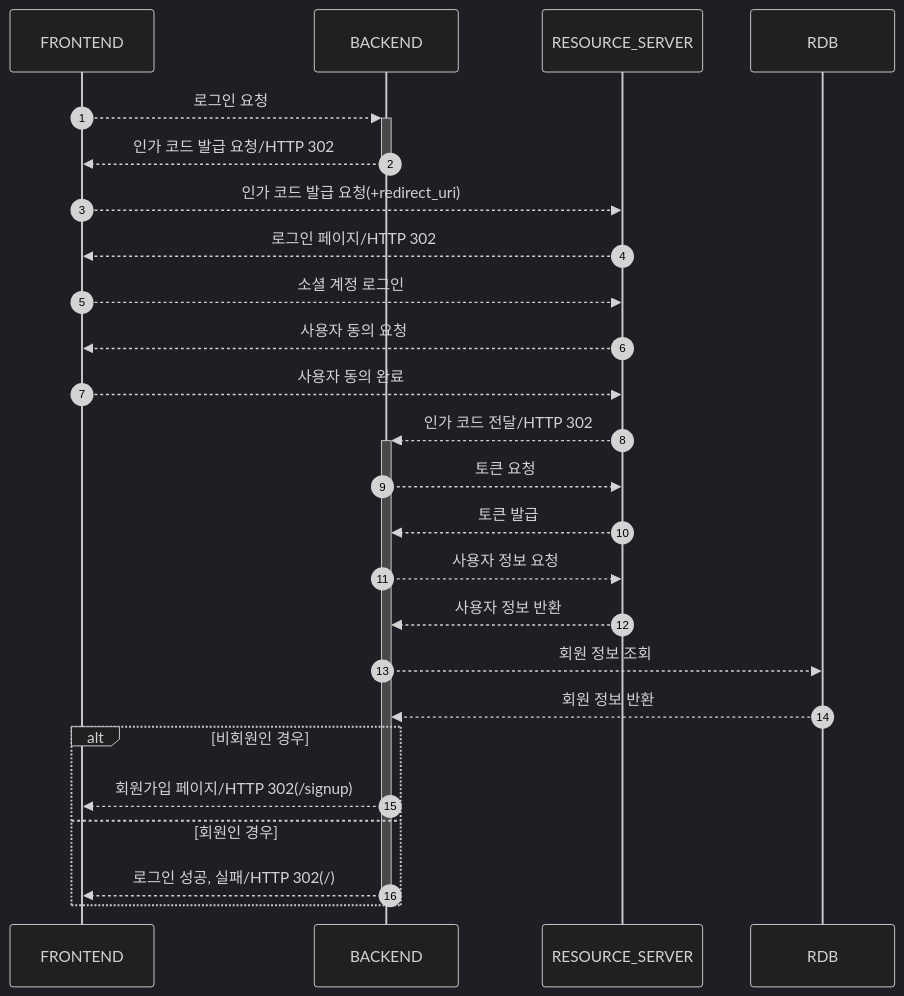
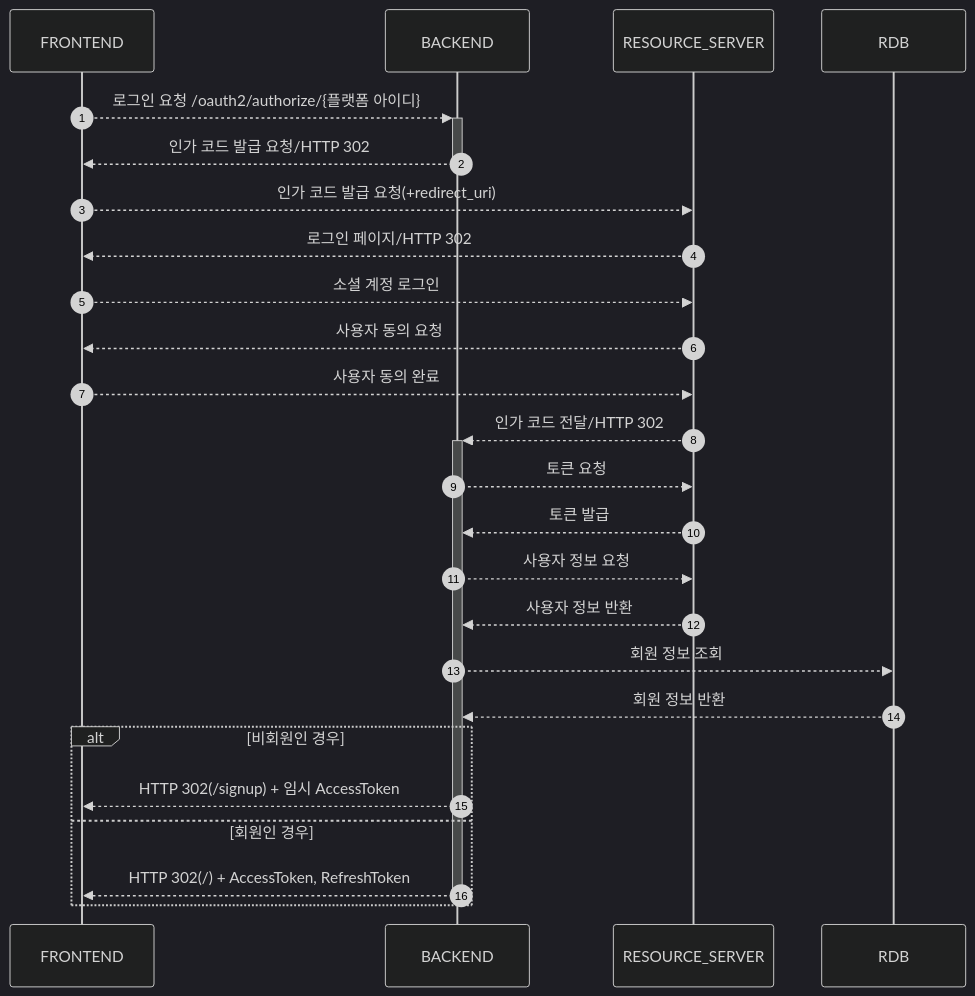
Before and after one commit to Cymply/cymply-be: the first of 2 diagrams in docs/social-login-info.md, drawn with Mermaid (dark theme). The commit also changed other lines of this file, not shown here.

Commit message:
docs: 소셜 로그인, 회원가입 클래스다이어그램 추가

````diff
--- a/docs/social-login-info.md
+++ b/docs/social-login-info.md
@@ -5,28 +5,28 @@
 ```mermaid 
 sequenceDiagram
     autonumber
     participant FRONTEND
     participant BACKEND
     participant RESOURCE_SERVER
     participant RDB
-    FRONTEND -->> + BACKEND: 로그인 요청
+    FRONTEND -->> + BACKEND: 로그인 요청 /oauth2/authorize/{플랫폼 아이디}
     BACKEND -->>  - FRONTEND: 인가 코드 발급 요청/HTTP 302
     FRONTEND -->> RESOURCE_SERVER: 인가 코드 발급 요청(+redirect_uri)
     RESOURCE_SERVER -->> FRONTEND: 로그인 페이지/HTTP 302
     FRONTEND -->> RESOURCE_SERVER: 소셜 계정 로그인
     RESOURCE_SERVER -->> FRONTEND: 사용자 동의 요청
     FRONTEND -->> RESOURCE_SERVER: 사용자 동의 완료
     RESOURCE_SERVER -->> + BACKEND: 인가 코드 전달/HTTP 302
     BACKEND -->> RESOURCE_SERVER: 토큰 요청
     RESOURCE_SERVER -->> BACKEND: 토큰 발급
     BACKEND -->> RESOURCE_SERVER: 사용자 정보 요청
     RESOURCE_SERVER -->> BACKEND: 사용자 정보 반환
     BACKEND -->> RDB: 회원 정보 조회
     RDB -->> BACKEND: 회원 정보 반환
 
     alt 비회원인 경우
-        BACKEND -->> FRONTEND: 회원가입 페이지/HTTP 302(/signup)
+        BACKEND -->> FRONTEND: HTTP 302(/signup) + 임시 AccessToken
     else 회원인 경우
-        BACKEND -->>  - FRONTEND: 로그인 성공, 실패/HTTP 302(/)
+        BACKEND -->>  - FRONTEND: HTTP 302(/) + AccessToken, RefreshToken
     end 
 ```
````
